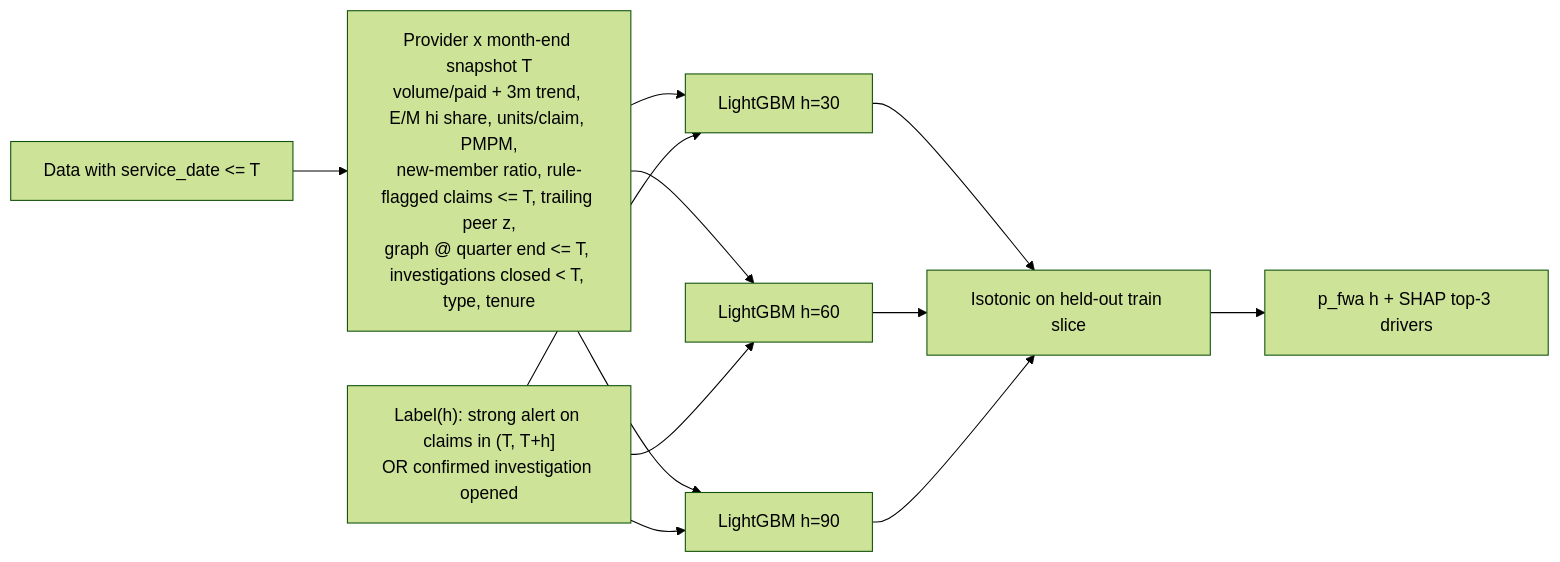
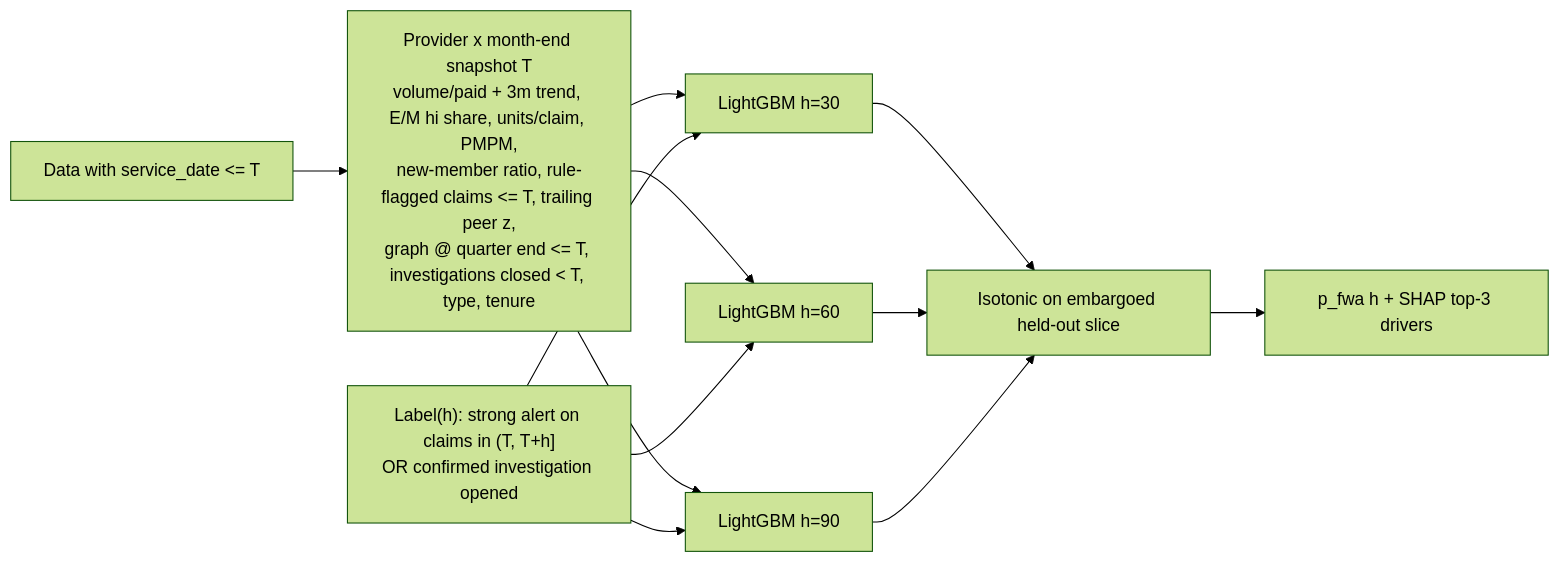
The fourth of 6 diagrams in ARCHITECTURE.md (Aryan27-max/ClaimShield-Nexus), drawn with Mermaid (forest theme) before and after one commit. The commit also changed other lines of this file and 2 other files, not shown here.

Commit message:
fix(predict): embargo between train and test

````diff
--- a/ARCHITECTURE.md
+++ b/ARCHITECTURE.md
@@ -83,7 +83,7 @@
 ```mermaid
 flowchart LR
   H[Data with service_date <= T] --> FE[Provider x month-end snapshot T<br/>volume/paid + 3m trend, E/M hi share, units/claim, PMPM,<br/>new-member ratio, rule-flagged claims <= T, trailing peer z,<br/>graph @ quarter end <= T, investigations closed < T, type, tenure]
   FE --> M30[LightGBM h=30] & M60[LightGBM h=60] & M90[LightGBM h=90]
   LBL["Label(h): strong alert on claims in (T, T+h]<br/>OR confirmed investigation opened"] --> M30 & M60 & M90
-  M30 & M60 & M90 --> CAL[Isotonic on held-out train slice] --> S[p_fwa h + SHAP top-3 drivers]
+  M30 & M60 & M90 --> CAL[Isotonic on embargoed held-out slice] --> S[p_fwa h + SHAP top-3 drivers]
 ```
````
